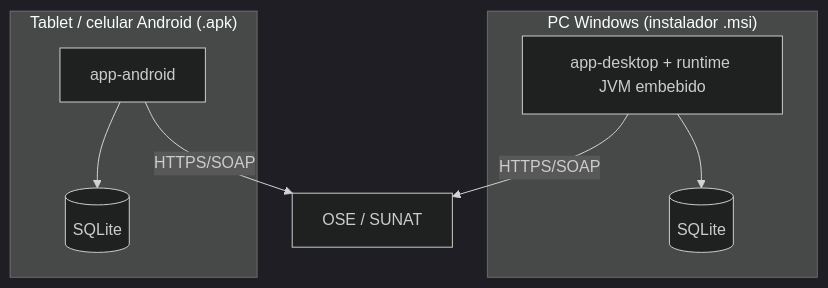
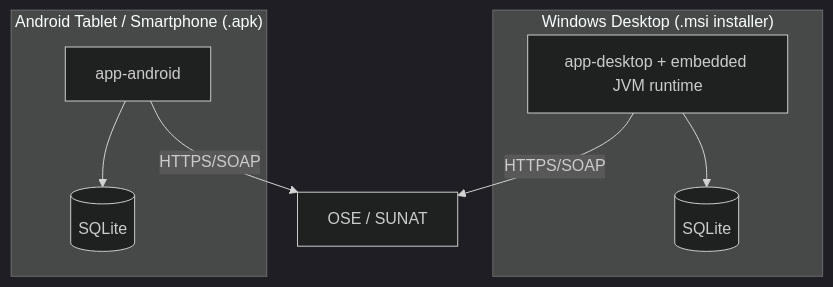
One commit to Zahir1332007/MD-Arquitectura changed the seventh of 7 diagrams in docs/02_ARQUITECTURA.md. Above: the diagram before and after it, drawn with Mermaid (dark theme). The commit also changed other lines of this file and 16 other files, not shown here.

````diff
--- a/docs/02_ARQUITECTURA.md
+++ b/docs/02_ARQUITECTURA.md
@@ -193,11 +192,11 @@
 ```mermaid
 flowchart TB
-    subgraph PC["PC Windows (instalador .msi)"]
-        D1[app-desktop + runtime JVM embebido] --> DB1[(SQLite)]
+    subgraph PC["Windows Desktop (.msi installer)"]
+        D1[app-desktop + embedded JVM runtime] --> DB1[(SQLite)]
     end
-    subgraph AND["Tablet / celular Android (.apk)"]
+    subgraph AND["Android Tablet / Smartphone (.apk)"]
         D2[app-android] --> DB2[(SQLite)]
     end
     D1 -->|HTTPS/SOAP| OSE[OSE / SUNAT]
     D2 -->|HTTPS/SOAP| OSE
 ```
````
